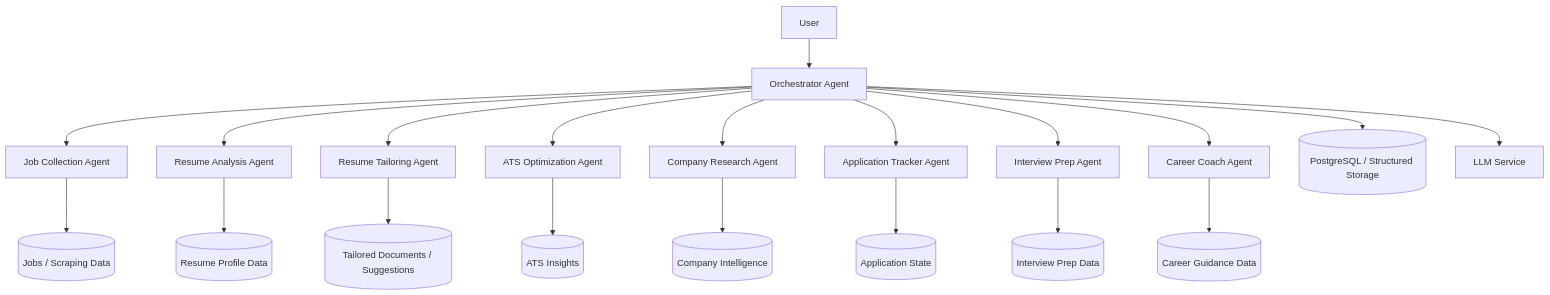
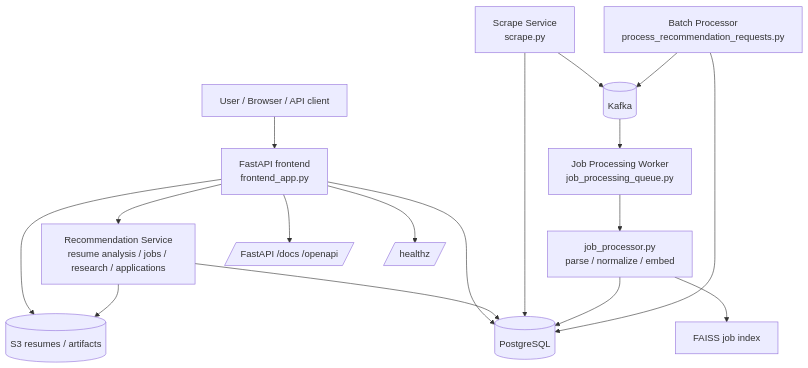
One commit to mmk0612/JobFinder.io changed the diagram in hld.md. Above: the diagram before and after it, drawn with Mermaid. The commit also changed other lines of this file and 26 other files, not shown here.

````diff
--- a/hld.md
+++ b/hld.md
@@ -40,24 +9,22 @@
 ```mermaid
 flowchart TD
-    U[User] --> O[Orchestrator Agent]
-    O --> JC[Job Collection Agent]
-    O --> RA[Resume Analysis Agent]
-    O --> RT[Resume Tailoring Agent]
-    O --> AO[ATS Optimization Agent]
-    O --> CR[Company Research Agent]
-    O --> AT[Application Tracker Agent]
-    O --> IP[Interview Prep Agent]
-    O --> CC[Career Coach Agent]
+    U[User / Browser / API client] --> FE[FastAPI frontend\nfrontend_app.py]
+    FE --> PG[(PostgreSQL)]
+    FE --> S3[(S3 resumes / artifacts)]
+    FE --> R[Recommendation Service\nresume analysis / jobs / research / applications]
+    R --> PG
+    R --> S3
 
-    JC --> DS[(Jobs / Scraping Data)]
-    RA --> RP[(Resume Profile Data)]
-    RT --> TD[(Tailored Documents / Suggestions)]
-    AO --> AS[(ATS Insights)]
-    CR --> CD[(Company Intelligence)]
-    AT --> AD[(Application State)]
-    IP --> PD[(Interview Prep Data)]
-    CC --> CDV[(Career Guidance Data)]
+    SCR[Scrape Service\nscrape.py] --> PG
+    SCR --> K[(Kafka)]
+    K --> W[Job Processing Worker\njob_processing_queue.py]
+    W --> JP[job_processor.py\nparse / normalize / embed]
+    JP --> PG
+    JP --> IDX[FAISS job index]
 
-    O --> DB[(PostgreSQL / Structured Storage)]
-    O --> LLM[LLM Service]
+    BATCH[Batch Processor\nprocess_recommendation_requests.py] --> PG
+    BATCH --> K
+
+    FE --> DOCS[/FastAPI /docs /openapi/]
+    FE --> HEALTH[/healthz/]
 ```
````
